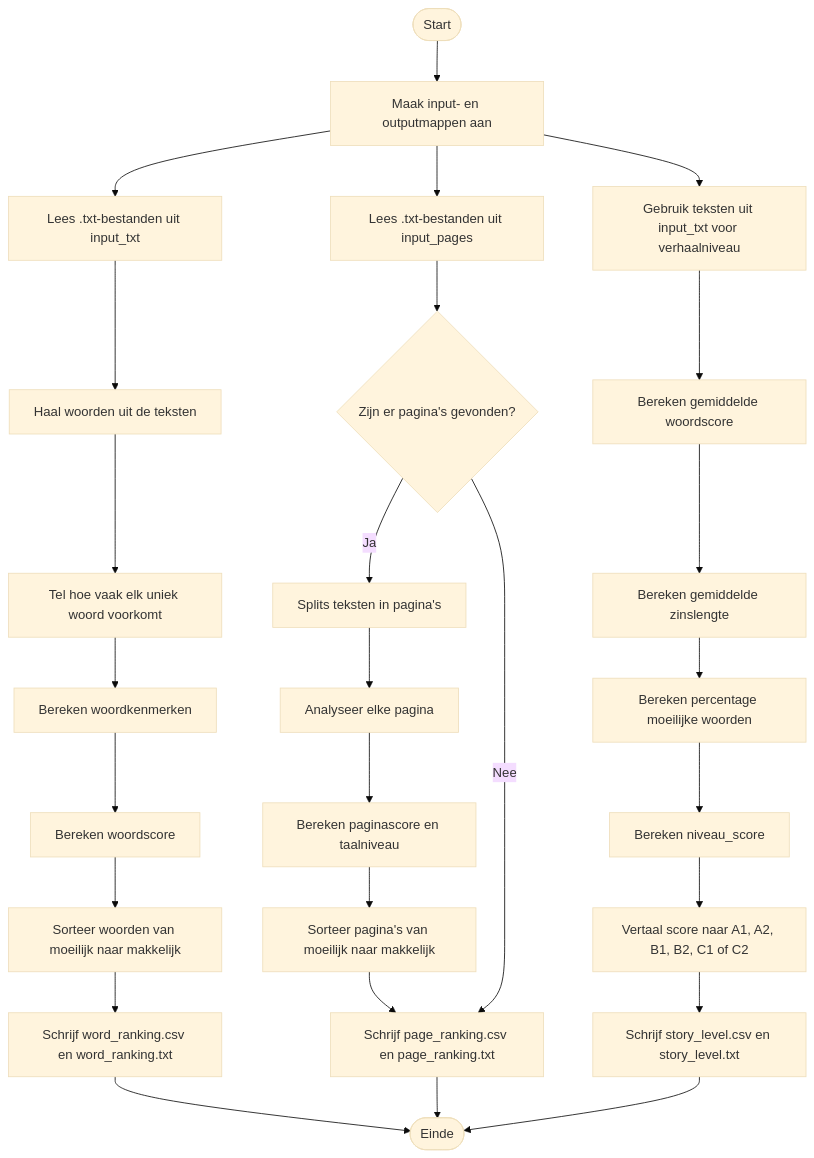
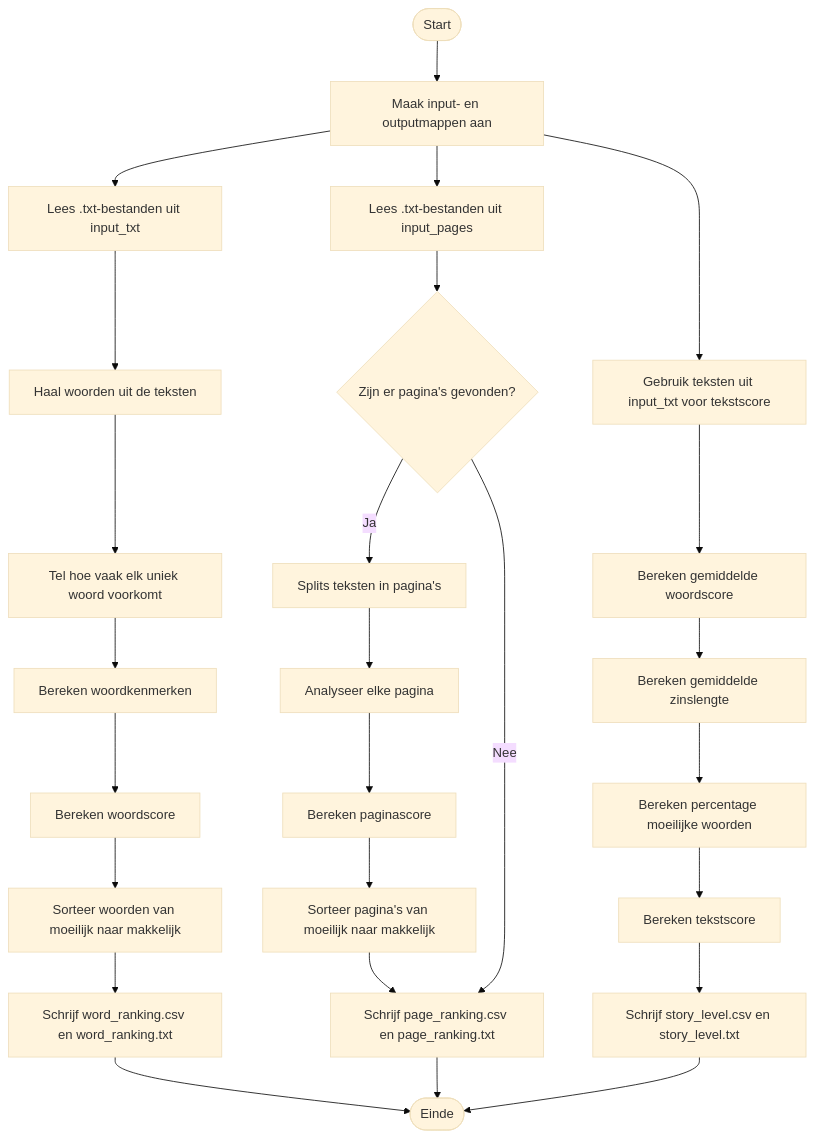
Before and after one commit to Greedsmith/word_ranking_system: the diagram in docs/activity_diagram.md, drawn with Mermaid (base theme). The commit also changed other lines of this file and 10 other files, not shown here.

````diff
--- a/docs/activity_diagram.md
+++ b/docs/activity_diagram.md
@@ -5,33 +5,32 @@
 ```mermaid
 flowchart TD
     A([Start]) --> B[Maak input- en outputmappen aan]
 
     B --> C[Lees .txt-bestanden uit input_txt]
     C --> D[Haal woorden uit de teksten]
     D --> E[Tel hoe vaak elk uniek woord voorkomt]
     E --> F[Bereken woordkenmerken]
     F --> G[Bereken woordscore]
     G --> H[Sorteer woorden van moeilijk naar makkelijk]
     H --> I[Schrijf word_ranking.csv en word_ranking.txt]
 
     B --> J[Lees .txt-bestanden uit input_pages]
     J --> K{Zijn er pagina's gevonden?}
     K -- Ja --> L[Splits teksten in pagina's]
     L --> M[Analyseer elke pagina]
-    M --> N[Bereken paginascore en taalniveau]
+    M --> N[Bereken paginascore]
     N --> O[Sorteer pagina's van moeilijk naar makkelijk]
     O --> P[Schrijf page_ranking.csv en page_ranking.txt]
     K -- Nee --> P
 
-    B --> Q[Gebruik teksten uit input_txt voor verhaalniveau]
+    B --> Q[Gebruik teksten uit input_txt voor tekstscore]
     Q --> R[Bereken gemiddelde woordscore]
     R --> S[Bereken gemiddelde zinslengte]
     S --> T[Bereken percentage moeilijke woorden]
-    T --> U[Bereken niveau_score]
-    U --> V[Vertaal score naar A1, A2, B1, B2, C1 of C2]
-    V --> W[Schrijf story_level.csv en story_level.txt]
+    T --> U[Bereken tekstscore]
+    U --> W[Schrijf story_level.csv en story_level.txt]
 
     I --> X([Einde])
     P --> X
     W --> X
 ```
````
